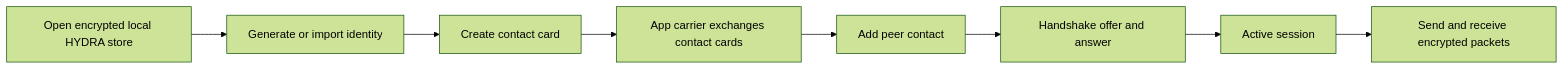
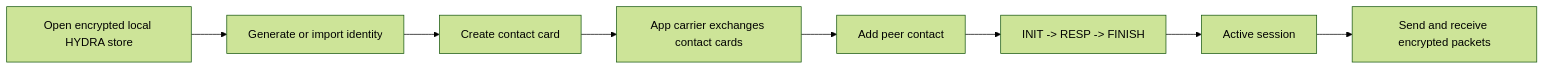
The first of 2 diagrams in docs/impl/message-flow/README.md (peavey2787/hydra-msg), drawn with Mermaid (forest theme) before and after one commit. The commit also changed other lines of this file and 335 other files, not shown here.

````diff
--- a/docs/impl/message-flow/README.md
+++ b/docs/impl/message-flow/README.md
@@ -31,10 +31,10 @@
 ```mermaid
 flowchart LR
     A[Open encrypted local HYDRA store] --> B[Generate or import identity]
     B --> C[Create contact card]
     C --> D[App carrier exchanges contact cards]
     D --> E[Add peer contact]
-    E --> F[Handshake offer and answer]
+    E --> F[INIT -> RESP -> FINISH]
     F --> G[Active session]
     G --> H[Send and receive encrypted packets]
 ```
````
